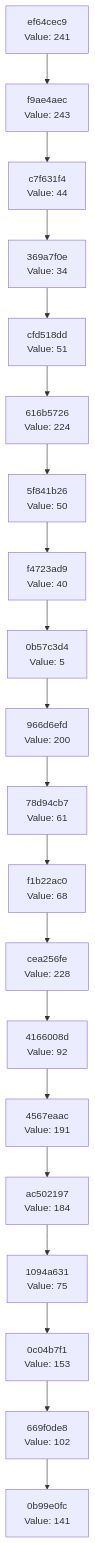
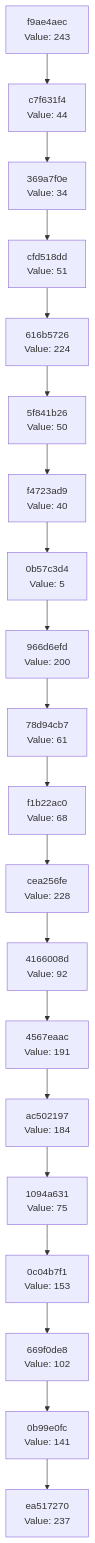
The diagram in docs/CHAIN_VISUALIZATION.md (Abhisheksinha1506/hash-chain-evolver), drawn with Mermaid before and after one commit. The commit also changed 1 other file, not shown here.

Commit message:
Evolution step: hash 0xED → action executed

````diff
--- a/docs/CHAIN_VISUALIZATION.md
+++ b/docs/CHAIN_VISUALIZATION.md
@@ -3,42 +3,42 @@
 ```mermaid
 graph TD
-    C0["0b99e0fc<br/>Value: 141"]
-    C1["669f0de8<br/>Value: 102"]
+    C0["ea517270<br/>Value: 237"]
+    C1["0b99e0fc<br/>Value: 141"]
     C1 --> C0
-    C2["0c04b7f1<br/>Value: 153"]
+    C2["669f0de8<br/>Value: 102"]
     C2 --> C1
-    C3["1094a631<br/>Value: 75"]
+    C3["0c04b7f1<br/>Value: 153"]
     C3 --> C2
-    C4["ac502197<br/>Value: 184"]
+    C4["1094a631<br/>Value: 75"]
     C4 --> C3
-    C5["4567eaac<br/>Value: 191"]
+    C5["ac502197<br/>Value: 184"]
     C5 --> C4
-    C6["4166008d<br/>Value: 92"]
+    C6["4567eaac<br/>Value: 191"]
     C6 --> C5
-    C7["cea256fe<br/>Value: 228"]
+    C7["4166008d<br/>Value: 92"]
     C7 --> C6
-    C8["f1b22ac0<br/>Value: 68"]
+    C8["cea256fe<br/>Value: 228"]
     C8 --> C7
-    C9["78d94cb7<br/>Value: 61"]
+    C9["f1b22ac0<br/>Value: 68"]
     C9 --> C8
-    C10["966d6efd<br/>Value: 200"]
+    C10["78d94cb7<br/>Value: 61"]
     C10 --> C9
-    C11["0b57c3d4<br/>Value: 5"]
+    C11["966d6efd<br/>Value: 200"]
     C11 --> C10
-    C12["f4723ad9<br/>Value: 40"]
+    C12["0b57c3d4<br/>Value: 5"]
     C12 --> C11
-    C13["5f841b26<br/>Value: 50"]
+    C13["f4723ad9<br/>Value: 40"]
     C13 --> C12
-    C14["616b5726<br/>Value: 224"]
+    C14["5f841b26<br/>Value: 50"]
     C14 --> C13
-    C15["cfd518dd<br/>Value: 51"]
+    C15["616b5726<br/>Value: 224"]
     C15 --> C14
-    C16["369a7f0e<br/>Value: 34"]
+    C16["cfd518dd<br/>Value: 51"]
     C16 --> C15
-    C17["c7f631f4<br/>Value: 44"]
+    C17["369a7f0e<br/>Value: 34"]
     C17 --> C16
-    C18["f9ae4aec<br/>Value: 243"]
+    C18["c7f631f4<br/>Value: 44"]
     C18 --> C17
-    C19["ef64cec9<br/>Value: 241"]
+    C19["f9ae4aec<br/>Value: 243"]
     C19 --> C18
 ```
````
